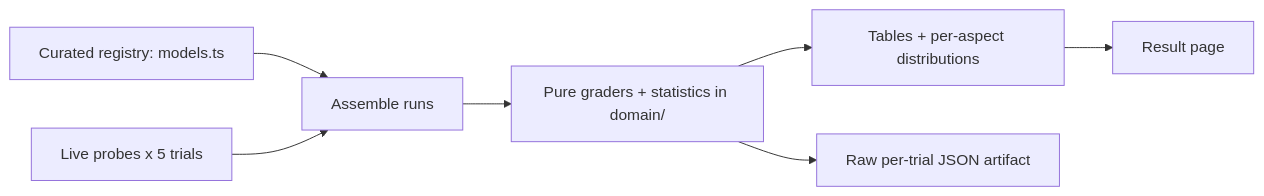
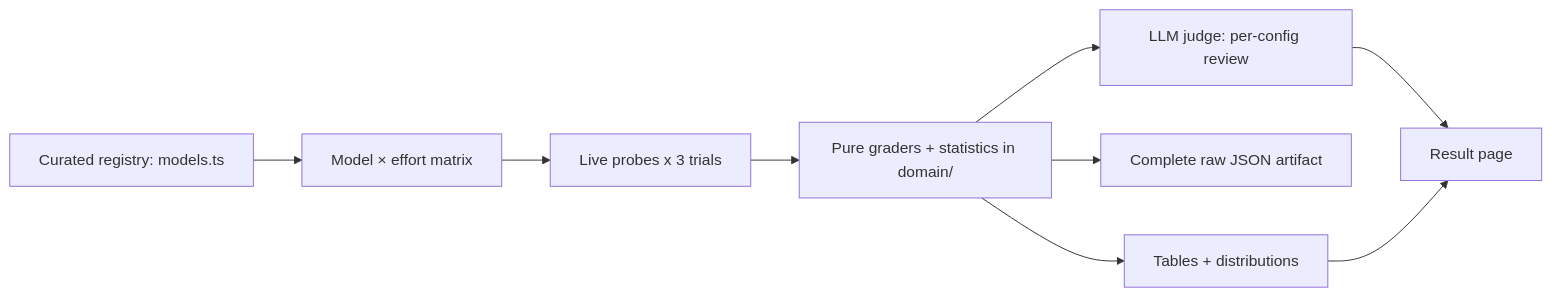
Before and after one commit to qmu/research: the diagram in docs/research-reports/llm-model-comparison.md, drawn with Mermaid. The commit also changed other lines of this file and 33 other files, not shown here.

First line of the commit message:
Redesign LLM-comparison probes: throughput/latency split, schema-complexity sweep, effort matrix, judge reviews

````diff
--- a/docs/research-reports/llm-model-comparison.md
+++ b/docs/research-reports/llm-model-comparison.md
@@ -44,9 +50,11 @@
 ```mermaid
 flowchart LR
-  R[Curated registry: models.ts] --> A[Assemble runs]
-  P[Live probes x 5 trials] --> A
-  A --> G[Pure graders + statistics in domain/]
-  G --> T[Tables + per-aspect distributions]
-  G --> J[Raw per-trial JSON artifact]
-  T --> Page[Result page]
+  R[Curated registry: models.ts] --> M[Model × effort matrix]
+  M --> P[Live probes x 3 trials]
+  P --> G[Pure graders + statistics in domain/]
+  G --> J[LLM judge: per-config review]
+  G --> A[Complete raw JSON artifact]
+  G --> T[Tables + distributions]
+  J --> Page[Result page]
+  T --> Page
 ```
````
